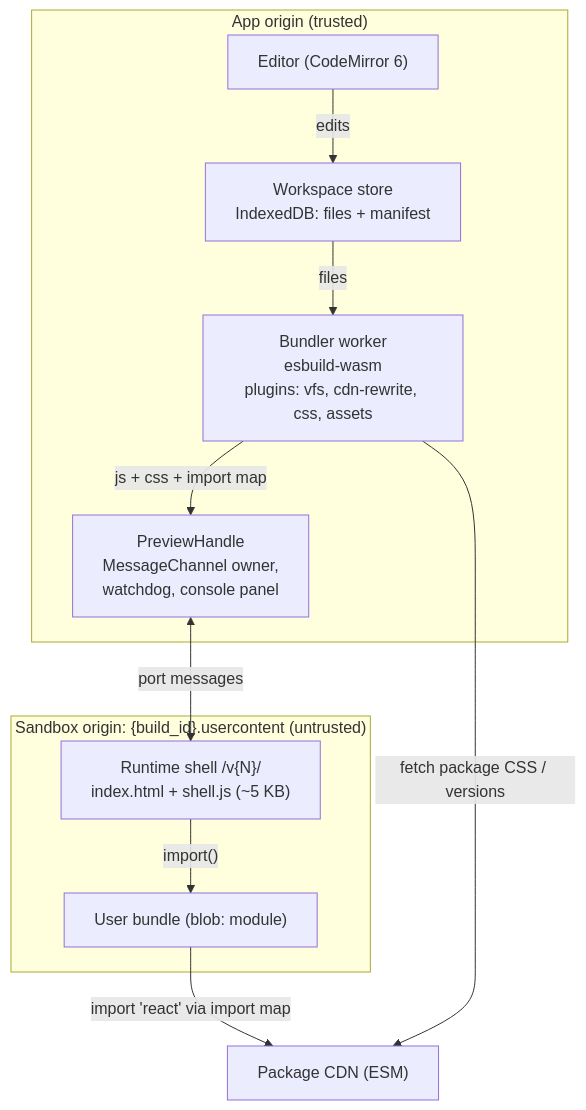
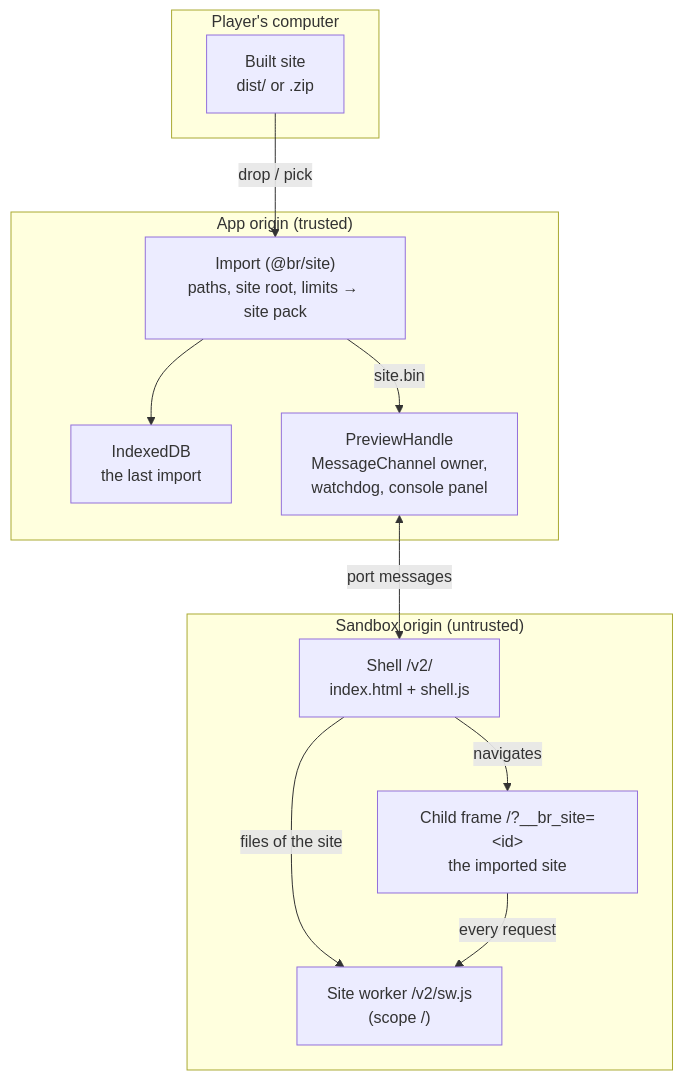
Before and after one commit to ertugrulunal9-ui/Build-Roulette: the first of 2 diagrams in docs/03-sandbox.md, drawn with Mermaid. The commit also changed other lines of this file and 2 other files, not shown here.

First line of the commit message:
Sandbox doc: the site worker replaces the bundler and the package CDN

````diff
--- a/docs/03-sandbox.md
+++ b/docs/03-sandbox.md
@@ -40,22 +42,24 @@
 ```mermaid
 flowchart TB
+  subgraph Local["Player's computer"]
+    DIST["Built site<br/>dist/ or .zip"]
+  end
   subgraph App["App origin (trusted)"]
-    ED["Editor (CodeMirror 6)"]
-    WS["Workspace store<br/>IndexedDB: files + manifest"]
-    BWK["Bundler worker<br/>esbuild-wasm<br/>plugins: vfs, cdn-rewrite, css, assets"]
+    IMP["Import (@br/site)<br/>paths, site root, limits → site pack"]
+    IDB["IndexedDB<br/>the last import"]
     PH["PreviewHandle<br/>MessageChannel owner,<br/>watchdog, console panel"]
   end
-  subgraph SBX["Sandbox origin: {build_id}.usercontent (untrusted)"]
-    SH["Runtime shell /v{N}/<br/>index.html + shell.js (~5 KB)"]
-    UC["User bundle (blob: module)"]
+  subgraph SBX["Sandbox origin (untrusted)"]
+    SH["Shell /v2/<br/>index.html + shell.js"]
+    SW["Site worker /v2/sw.js<br/>(scope /)"]
+    FR["Child frame /?__br_site=&lt;id&gt;<br/>the imported site"]
   end
-  CDN["Package CDN (ESM)"]
 
-  ED -->|edits| WS
-  WS -->|files| BWK
-  BWK -->|"js + css + import map"| PH
+  DIST -->|"drop / pick"| IMP
+  IMP --> IDB
+  IMP -->|"site.bin"| PH
   PH <-->|"port messages"| SH
-  SH -->|"import()"| UC
-  UC -->|"import 'react' via import map"| CDN
-  BWK -->|"fetch package CSS / versions"| CDN
+  SH -->|"files of the site"| SW
+  SH -->|"navigates"| FR
+  FR -->|"every request"| SW
 ```
````
